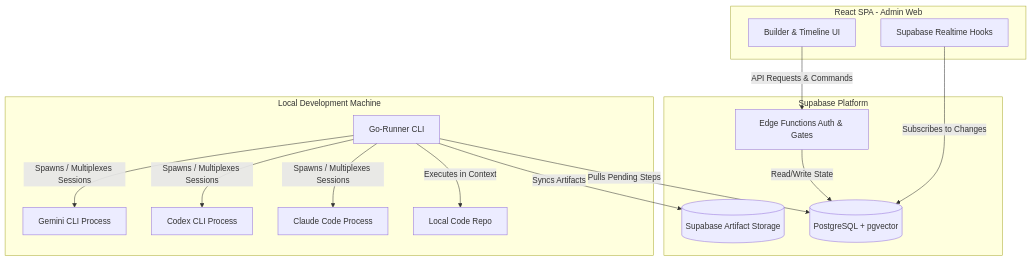
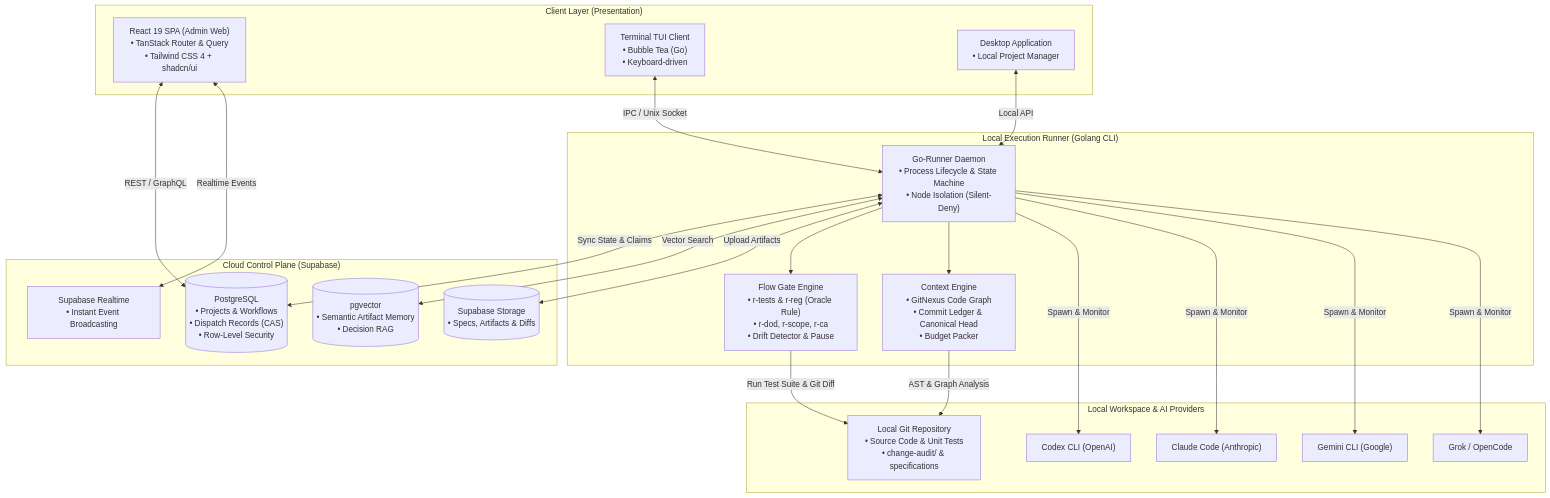
The diagram in README.md (dattien96/flowpilot), drawn with Mermaid before and after one commit. The commit also changed other lines of this file and 8 other files, not shown here.

````diff
--- a/README.md
+++ b/README.md
@@ -44,31 +151,47 @@
 ```mermaid
 graph TD
-    subgraph Browser Dashboard [React SPA - Admin Web]
-        UI[Builder & Timeline UI]
-        RealTime[Supabase Realtime Hooks]
+    subgraph ClientLayer ["Client Layer (Presentation)"]
+        WebUI["React 19 SPA (Admin Web)<br/>• TanStack Router & Query<br/>• Tailwind CSS 4 + shadcn/ui"]
+        TUI["Terminal TUI Client<br/>• Bubble Tea (Go)<br/>• Keyboard-driven"]
+        Desktop["Desktop Application<br/>• Local Project Manager"]
     end
 
-    subgraph Cloud Storage & Persistence [Supabase Platform]
-        DB[(PostgreSQL + pgvector)]
-        Storage[(Supabase Artifact Storage)]
-        Edge[Edge Functions Auth & Gates]
+    subgraph ControlPlane ["Cloud Control Plane (Supabase)"]
+        DB[("PostgreSQL<br/>• Projects & Workflows<br/>• Dispatch Records (CAS)<br/>• Row-Level Security")]
+        VectorDB[("pgvector<br/>• Semantic Artifact Memory<br/>• Decision RAG")]
+        Storage[("Supabase Storage<br/>• Specs, Artifacts & Diffs")]
+        RealTime["Supabase Realtime<br/>• Instant Event Broadcasting"]
     end
 
-    subgraph Local Development Machine
-        Runner[Go-Runner CLI]
-        LocalDir[Local Code Repo]
-        ClaudeCLI[Claude Code Process]
-        CodexCLI[Codex CLI Process]
-        GeminiCLI[Gemini CLI Process]
+    subgraph LocalRunner ["Local Execution Runner (Golang CLI)"]
+        Runner["Go-Runner Daemon<br/>• Process Lifecycle & State Machine<br/>• Node Isolation (Silent-Deny)"]
+        FlowGate["Flow Gate Engine<br/>• r-tests & r-reg (Oracle Rule)<br/>• r-dod, r-scope, r-ca<br/>• Drift Detector & Pause"]
+        ContextEng["Context Engine<br/>• GitNexus Code Graph<br/>• Commit Ledger & Canonical Head<br/>• Budget Packer"]
     end
 
-    UI -->|API Requests & Commands| Edge
-    Edge -->|Read/Write State| DB
-    RealTime -->|Subscribes to Changes| DB
-    Runner -->|Pulls Pending Steps| DB
-    Runner -->|Syncs Artifacts| Storage
-    Runner -->|Executes in Context| LocalDir
-    Runner -->|Spawns / Multiplexes Sessions| ClaudeCLI
-    Runner -->|Spawns / Multiplexes Sessions| CodexCLI
-    Runner -->|Spawns / Multiplexes Sessions| GeminiCLI
+    subgraph ExternalEngines ["Local Workspace & AI Providers"]
+        LocalRepo["Local Git Repository<br/>• Source Code & Unit Tests<br/>• change-audit/ & specifications"]
+        CodexCLI["Codex CLI (OpenAI)"]
+        ClaudeCLI["Claude Code (Anthropic)"]
+        GeminiCLI["Gemini CLI (Google)"]
+        GrokCLI["Grok / OpenCode"]
+    end
+
+    WebUI <-->|REST / GraphQL| DB
+    WebUI <-->|Realtime Events| RealTime
+    TUI <-->|IPC / Unix Socket| Runner
+    Desktop <-->|Local API| Runner
+
+    Runner <-->|Sync State & Claims| DB
+    Runner <-->|Vector Search| VectorDB
+    Runner <-->|Upload Artifacts| Storage
+    Runner --> FlowGate
+    Runner --> ContextEng
+
+    ContextEng -->|AST & Graph Analysis| LocalRepo
+    FlowGate -->|Run Test Suite & Git Diff| LocalRepo
+    Runner -->|Spawn & Monitor| CodexCLI
+    Runner -->|Spawn & Monitor| ClaudeCLI
+    Runner -->|Spawn & Monitor| GeminiCLI
+    Runner -->|Spawn & Monitor| GrokCLI
 ```
````
